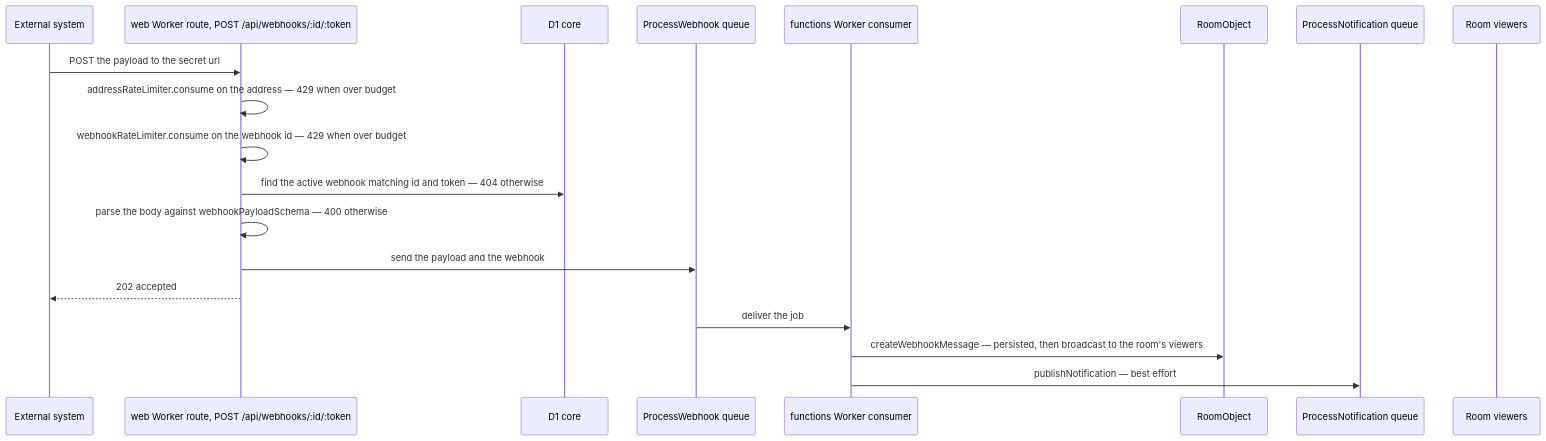
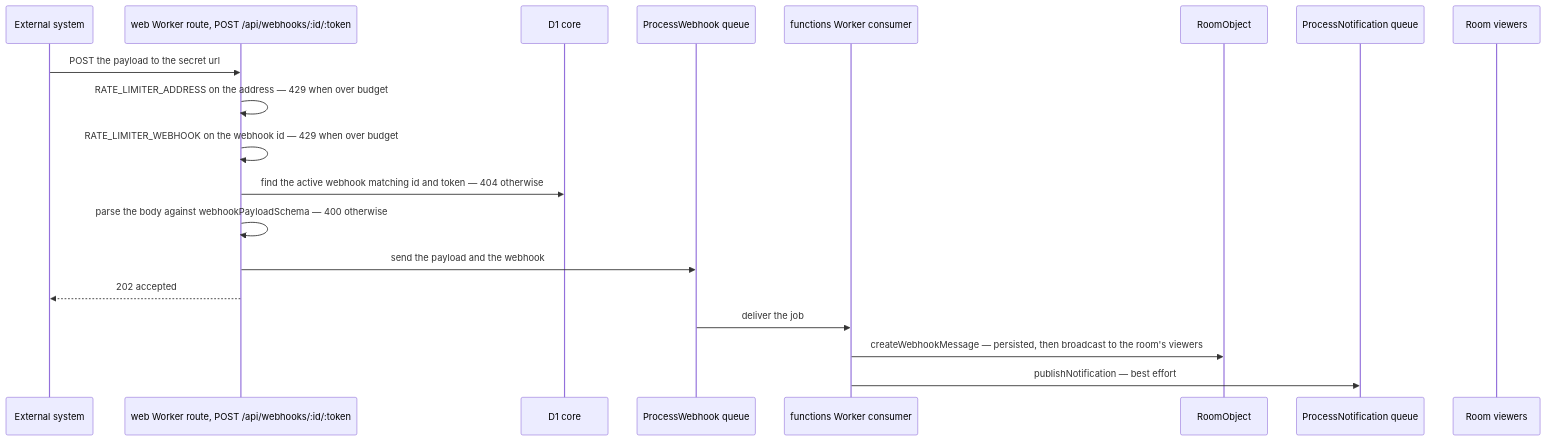
Before and after one commit to Esposter/Esposter: the diagram in openspec/specs/esbabbler/webhooks/design.md, drawn with Mermaid. The commit also changed 38 other files, not shown here.

````diff
--- a/openspec/specs/esbabbler/webhooks/design.md
+++ b/openspec/specs/esbabbler/webhooks/design.md
@@ -15,22 +15,22 @@
 ```mermaid
 sequenceDiagram
   participant Ext as External system
   participant Route as web Worker route, POST /api/webhooks/:id/:token
   participant D1 as D1 core
   participant Q as ProcessWebhook queue
   participant F as functions Worker consumer
   participant R as RoomObject
   participant N as ProcessNotification queue
   participant Client as Room viewers
 
   Ext->>Route: POST the payload to the secret url
-  Route->>Route: addressRateLimiter.consume on the address — 429 when over budget
-  Route->>Route: webhookRateLimiter.consume on the webhook id — 429 when over budget
+  Route->>Route: RATE_LIMITER_ADDRESS on the address — 429 when over budget
+  Route->>Route: RATE_LIMITER_WEBHOOK on the webhook id — 429 when over budget
   Route->>D1: find the active webhook matching id and token — 404 otherwise
   Route->>Route: parse the body against webhookPayloadSchema — 400 otherwise
   Route->>Q: send the payload and the webhook
   Route-->>Ext: 202 accepted
   Q->>F: deliver the job
   F->>R: createWebhookMessage — persisted, then broadcast to the room's viewers
   F->>N: publishNotification — best effort
 ```
````
